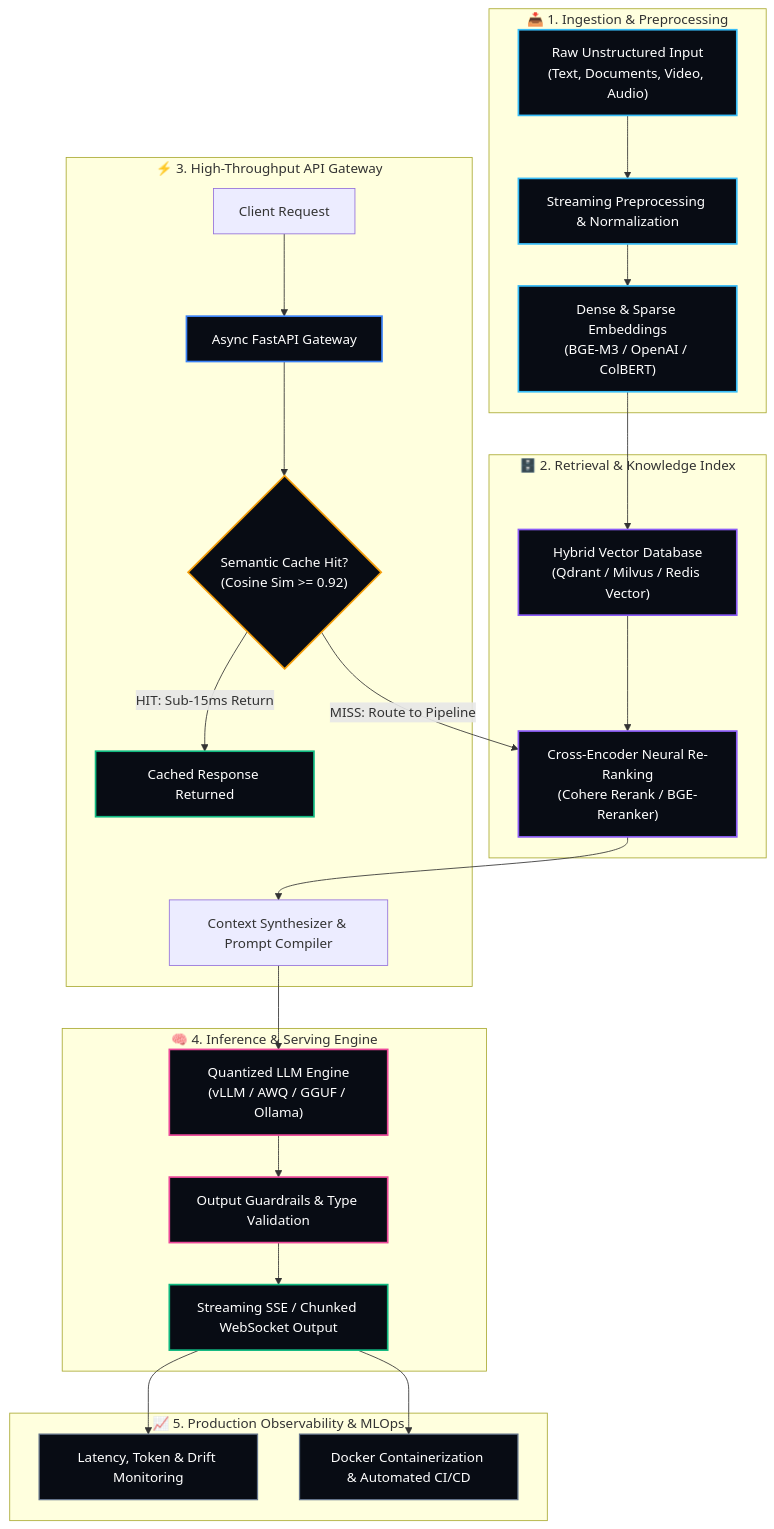
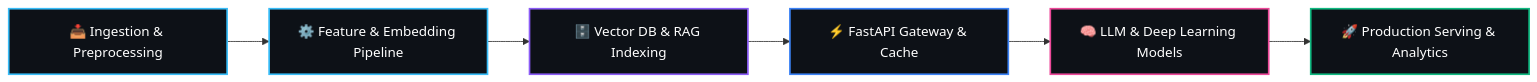
One commit to Anurag637/Anurag637 changed the diagram in README.md. Above: the diagram before and after it, drawn with Mermaid. The commit also changed other lines of this file, not shown here.

Commit message:
refactor: revert AI architecture diagram to horizontal graph LR and remove research radar section

````diff
--- a/README.md
+++ b/README.md
@@ -110,45 +98,15 @@
 ```mermaid
-flowchart TD
-    subgraph INGEST ["📥 1. Ingestion & Preprocessing"]
-        A1["Raw Unstructured Input<br/>(Text, Documents, Video, Audio)"] --> A2["Streaming Preprocessing & Normalization"]
-        A2 --> A3["Dense & Sparse Embeddings<br/>(BGE-M3 / OpenAI / ColBERT)"]
-    end
+graph LR
+    A["📥 Ingestion & Preprocessing"] --> B["⚙️ Feature & Embedding Pipeline"]
+    B --> C["🗄️ Vector DB & RAG Indexing"]
+    C --> D["⚡ FastAPI Gateway & Cache"]
+    D --> E["🧠 LLM & Deep Learning Models"]
+    E --> F["🚀 Production Serving & Analytics"]
 
-    subgraph RETRIEVAL ["🗄️ 2. Retrieval & Knowledge Index"]
-        A3 --> B1["Hybrid Vector Database<br/>(Qdrant / Milvus / Redis Vector)"]
-        B1 --> B2["Cross-Encoder Neural Re-Ranking<br/>(Cohere Rerank / BGE-Reranker)"]
-    end
-
-    subgraph GATEWAY ["⚡ 3. High-Throughput API Gateway"]
-        C1["Client Request"] --> C2["Async FastAPI Gateway"]
-        C2 --> C3{"Semantic Cache Hit?<br/>(Cosine Sim >= 0.92)"}
-        C3 -- "HIT: Sub-15ms Return" --> C4["Cached Response Returned"]
-        C3 -- "MISS: Route to Pipeline" --> B2
-        B2 --> C5["Context Synthesizer & Prompt Compiler"]
-    end
-
-    subgraph INFERENCE ["🧠 4. Inference & Serving Engine"]
-        C5 --> D1["Quantized LLM Engine<br/>(vLLM / AWQ / GGUF / Ollama)"]
-        D1 --> D2["Output Guardrails & Type Validation"]
-        D2 --> D3["Streaming SSE / Chunked WebSocket Output"]
-    end
-
-    subgraph OPS ["📈 5. Production Observability & MLOps"]
-        D3 --> E1["Latency, Token & Drift Monitoring"]
-        D3 --> E2["Docker Containerization & Automated CI/CD"]
-    end
-
-    style A1 fill:#080c14,stroke:#38bdf8,stroke-width:2px,color:#fff
-    style A2 fill:#080c14,stroke:#38bdf8,stroke-width:2px,color:#fff
-    style A3 fill:#080c14,stroke:#38bdf8,stroke-width:2px,color:#fff
-    style B1 fill:#080c14,stroke:#8b5cf6,stroke-width:2px,color:#fff
-    style B2 fill:#080c14,stroke:#8b5cf6,stroke-width:2px,color:#fff
-    style C2 fill:#080c14,stroke:#3b82f6,stroke-width:2px,color:#fff
-    style C3 fill:#080c14,stroke:#f59e0b,stroke-width:2px,color:#fff
-    style C4 fill:#080c14,stroke:#10b981,stroke-width:2px,color:#fff
-    style D1 fill:#080c14,stroke:#ec4899,stroke-width:2px,color:#fff
-    style D2 fill:#080c14,stroke:#ec4899,stroke-width:2px,color:#fff
-    style D3 fill:#080c14,stroke:#10b981,stroke-width:2px,color:#fff
-    style E1 fill:#080c14,stroke:#64748b,stroke-width:1.5px,color:#fff
-    style E2 fill:#080c14,stroke:#64748b,stroke-width:1.5px,color:#fff
+    style A fill:#0d1117,stroke:#38bdf8,stroke-width:2px,color:#fff
+    style B fill:#0d1117,stroke:#38bdf8,stroke-width:2px,color:#fff
+    style C fill:#0d1117,stroke:#8b5cf6,stroke-width:2px,color:#fff
+    style D fill:#0d1117,stroke:#3b82f6,stroke-width:2px,color:#fff
+    style E fill:#0d1117,stroke:#ec4899,stroke-width:2px,color:#fff
+    style F fill:#0d1117,stroke:#10b981,stroke-width:2px,color:#fff
 ```
````
